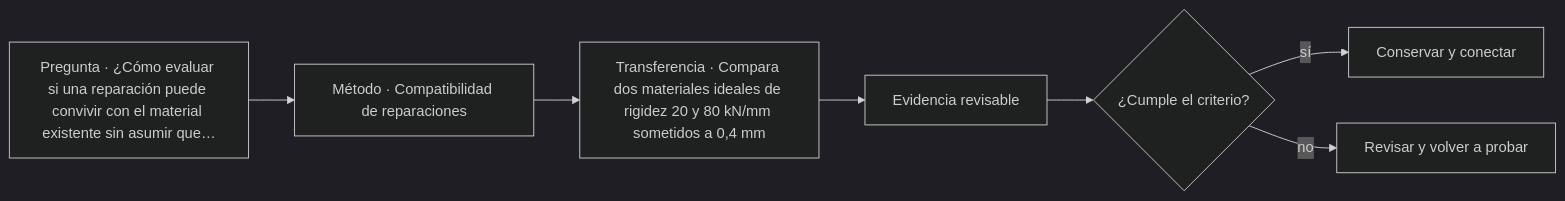
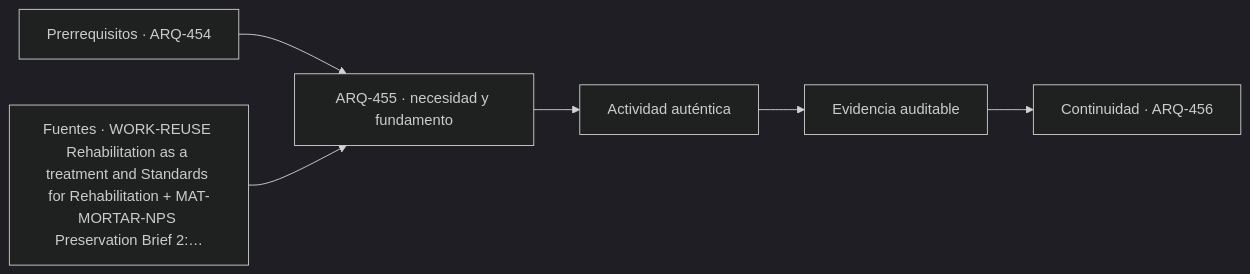
The diagram in classes/parte-46/ARQ-455.md (vladimiracunadev-create/architecture-built-environment-learning-program), drawn with Mermaid (dark theme) before and after one commit. The commit also changed other lines of this file and 761 other files, not shown here.

````diff
--- a/classes/parte-46/ARQ-455.md
+++ b/classes/parte-46/ARQ-455.md
@@ -75,9 +87,8 @@
 ```mermaid
 flowchart LR
-    Q["Pregunta · ¿Cómo evaluar si una reparación puede convivir con el material existente sin asumir que…"] --> M["Método · Compatibilidad de reparaciones"]
-    M --> P["Transferencia · Compara dos materiales ideales de rigidez 20 y 80 kN/mm sometidos a 0,4 mm"]
-    P --> E["Evidencia revisable"]
-    E --> C{"¿Cumple el criterio?"}
-    C -->|sí| T["Conservar y conectar"]
-    C -->|no| R["Revisar y volver a probar"]
+    A["Prerrequisitos · ARQ-454"] --> B["ARQ-455 · necesidad y fundamento"]
+    S["Fuentes · WORK-REUSE Rehabilitation as a treatment and Standards for Rehabilitation + MAT-MORTAR-NPS Preservation Brief 2:…"] --> B
+    B --> C["Actividad auténtica"]
+    C --> D["Evidencia auditable"]
+    D --> E["Continuidad · ARQ-456"]
 ```
````
